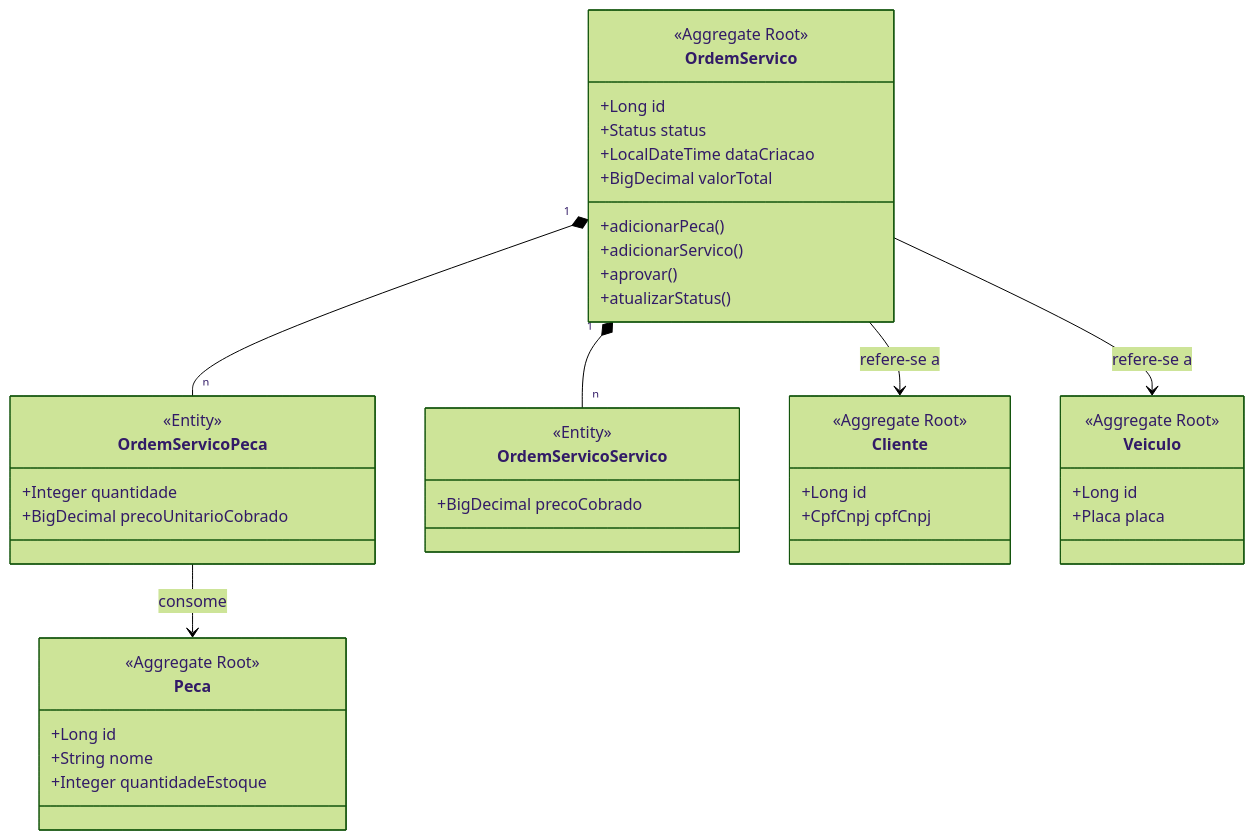
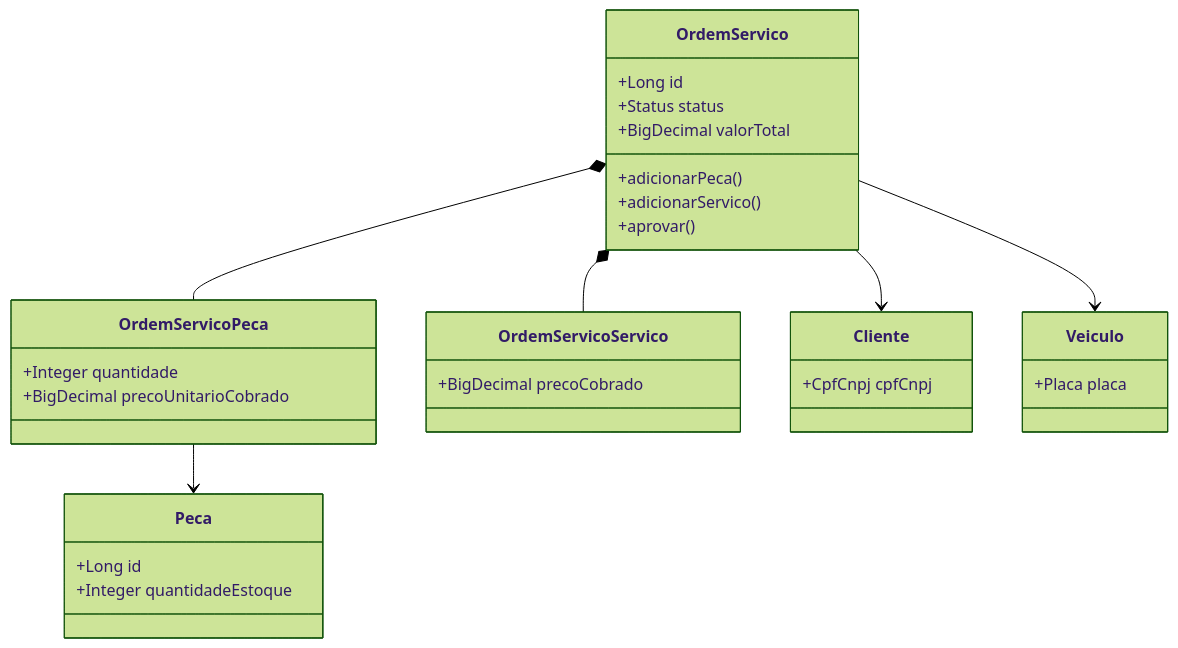
Before and after one commit to marcelsenarios/fiap-oficina: the fourth of 4 diagrams in docs/DDD_DOCUMENTATION.md, drawn with Mermaid (forest theme). The commit also changed other lines of this file, not shown here.

````diff
--- a/docs/DDD_DOCUMENTATION.md
+++ b/docs/DDD_DOCUMENTATION.md
@@ -113,50 +73,33 @@
 ```mermaid
 classDiagram
     class OrdemServico {
-        <<Aggregate Root>>
         +Long id
         +Status status
-        +LocalDateTime dataCriacao
         +BigDecimal valorTotal
         +adicionarPeca()
         +adicionarServico()
         +aprovar()
-        +atualizarStatus()
     }
-
     class OrdemServicoPeca {
-        <<Entity>>
         +Integer quantidade
         +BigDecimal precoUnitarioCobrado
     }
-
     class OrdemServicoServico {
-        <<Entity>>
         +BigDecimal precoCobrado
     }
-
     class Peca {
-        <<Aggregate Root>>
         +Long id
-        +String nome
         +Integer quantidadeEstoque
     }
-
     class Cliente {
-        <<Aggregate Root>>
-        +Long id
         +CpfCnpj cpfCnpj
     }
-
     class Veiculo {
-        <<Aggregate Root>>
-        +Long id
         +Placa placa
     }
-
-    OrdemServico "1" *-- "n" OrdemServicoPeca
-    OrdemServico "1" *-- "n" OrdemServicoServico
-    OrdemServico --> Cliente : refere-se a
-    OrdemServico --> Veiculo : refere-se a
-    OrdemServicoPeca --> Peca : consome
+    OrdemServico *-- OrdemServicoPeca
+    OrdemServico *-- OrdemServicoServico
+    OrdemServico --> Cliente
+    OrdemServico --> Veiculo
+    OrdemServicoPeca --> Peca
 ```
````
